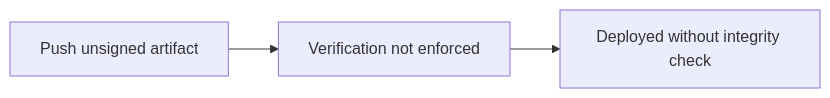
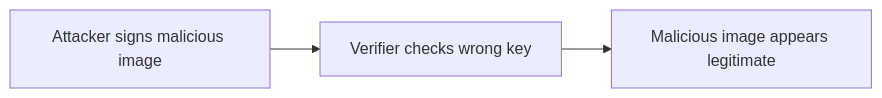
Before and after one commit to beyildirim/weaklink-labs: the diagram in guide/docs/labs/tier-4/4.5-signature-bypass/index.md, drawn with Mermaid. The commit also changed other lines of this file and 25 other files, not shown here.

Commit message:
Trim roadmap surfaces and tighten lab posture

````diff
--- a/guide/docs/labs/tier-4/4.5-signature-bypass/index.md
+++ b/guide/docs/labs/tier-4/4.5-signature-bypass/index.md
@@ -25,5 +25,5 @@
 ```mermaid
 graph LR
-    A[Push unsigned artifact] --> B[Verification not enforced]
-    B --> C[Deployed without integrity check]
+    A[Attacker signs malicious image] --> B[Verifier checks wrong key]
+    B --> C[Malicious image appears legitimate]
 ```
````
